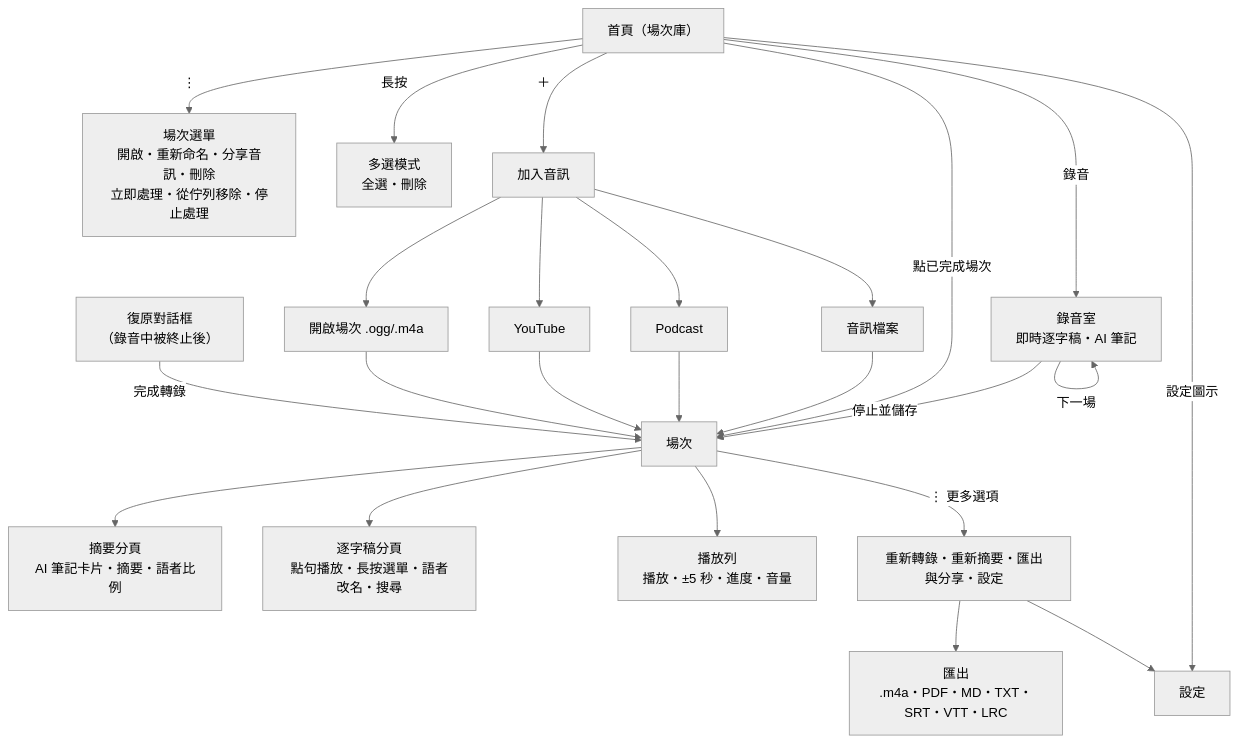
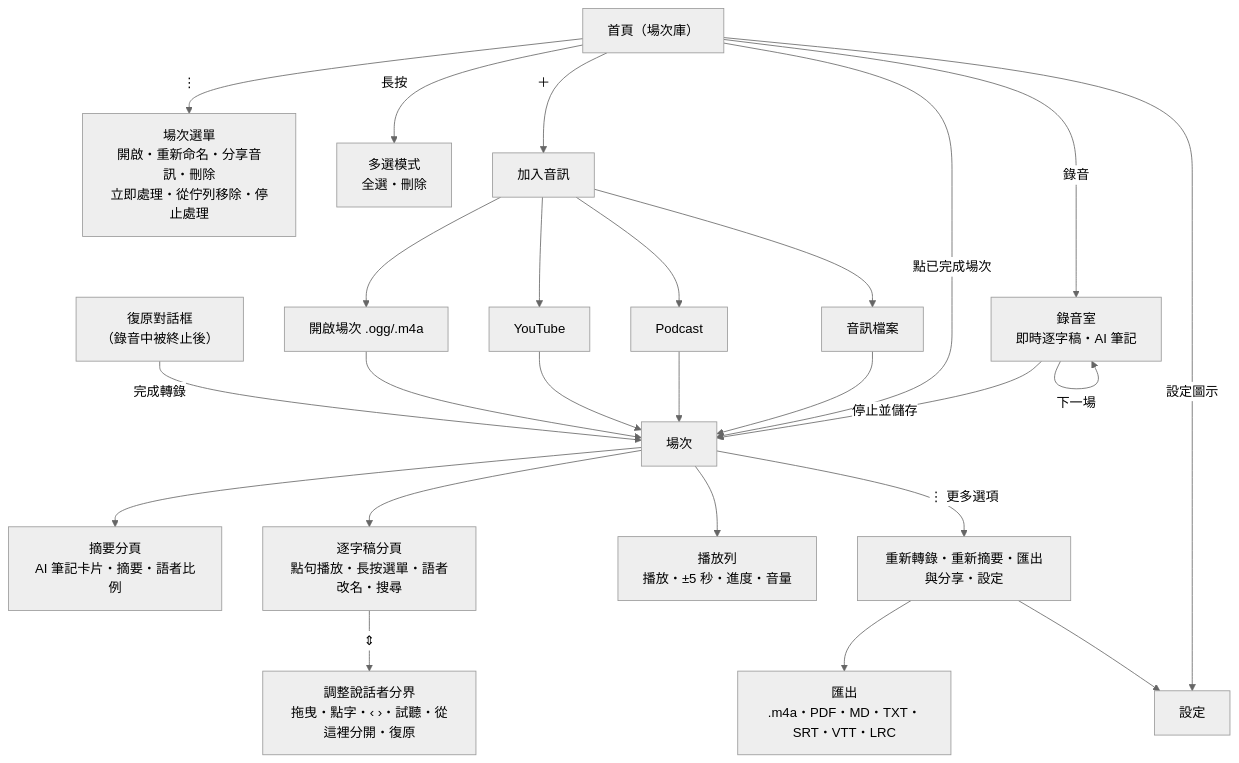
The diagram in docs/USER_GUIDE.md (vieenrose/PrimeMinutes), drawn with Mermaid (neutral theme) before and after one commit. The commit also changed other lines of this file and 28 other files, not shown here.

````diff
--- a/docs/USER_GUIDE.md
+++ b/docs/USER_GUIDE.md
@@ -12,27 +12,28 @@
 ```mermaid
 flowchart TD
     Home["首頁（場次庫）"]
     Home -->|"⋮"| RowMenu["場次選單<br/>開啟・重新命名・分享音訊・刪除<br/>立即處理・從佇列移除・停止處理"]
     Home -->|長按| Select["多選模式<br/>全選・刪除"]
     Home -->|＋| Add["加入音訊"]
     Add --> File["音訊檔案"]
     Add --> Podcast["Podcast"]
     Add --> YouTube["YouTube"]
     Add --> Open["開啟場次 .ogg/.m4a"]
     Home -->|設定圖示| Settings["設定"]
     Home -->|錄音| Booth["錄音室<br/>即時逐字稿・AI 筆記"]
     Booth -->|下一場| Booth
     Booth -->|停止並儲存| Session
     Home -->|點已完成場次| Session["場次"]
     File --> Session
     Podcast --> Session
     YouTube --> Session
     Open --> Session
     Session --> Summary["摘要分頁<br/>AI 筆記卡片・摘要・語者比例"]
     Session --> Transcript["逐字稿分頁<br/>點句播放・長按選單・語者改名・搜尋"]
+    Transcript -->|"⇕"| Boundary["調整說話者分界<br/>拖曳・點字・‹ ›・試聽・從這裡分開・復原"]
     Session --> Player["播放列<br/>播放・±5 秒・進度・音量"]
     Session -->|"⋮ 更多選項"| More["重新轉錄・重新摘要・匯出與分享・設定"]
     More --> Export["匯出<br/>.m4a・PDF・MD・TXT・SRT・VTT・LRC"]
     More --> Settings
     Recovery["復原對話框<br/>（錄音中被終止後）"] -->|完成轉錄| Session
 ```
````
